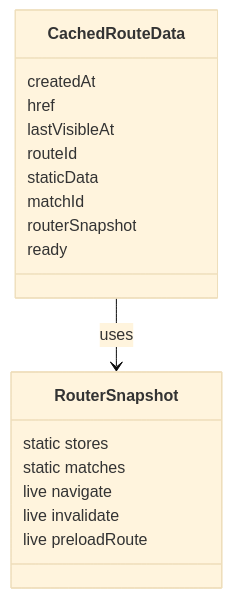
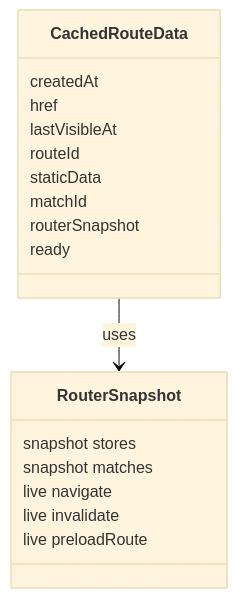
Before and after one commit to santiago-ramos-02/tanstack-router-cache: the fourth of 15 diagrams in docs/architecture.md, drawn with Mermaid (base theme). The commit also changed other lines of this file and 1 other file, not shown here.

````diff
--- a/docs/architecture.md
+++ b/docs/architecture.md
@@ -120,23 +120,23 @@
 ```mermaid
 classDiagram
   class CachedRouteData {
     createdAt
     href
     lastVisibleAt
     routeId
     staticData
     matchId
     routerSnapshot
     ready
   }
 
   class RouterSnapshot {
-    static stores
-    static matches
+    snapshot stores
+    snapshot matches
     live navigate
     live invalidate
     live preloadRoute
   }
 
   CachedRouteData --> RouterSnapshot : uses
 ```
````
